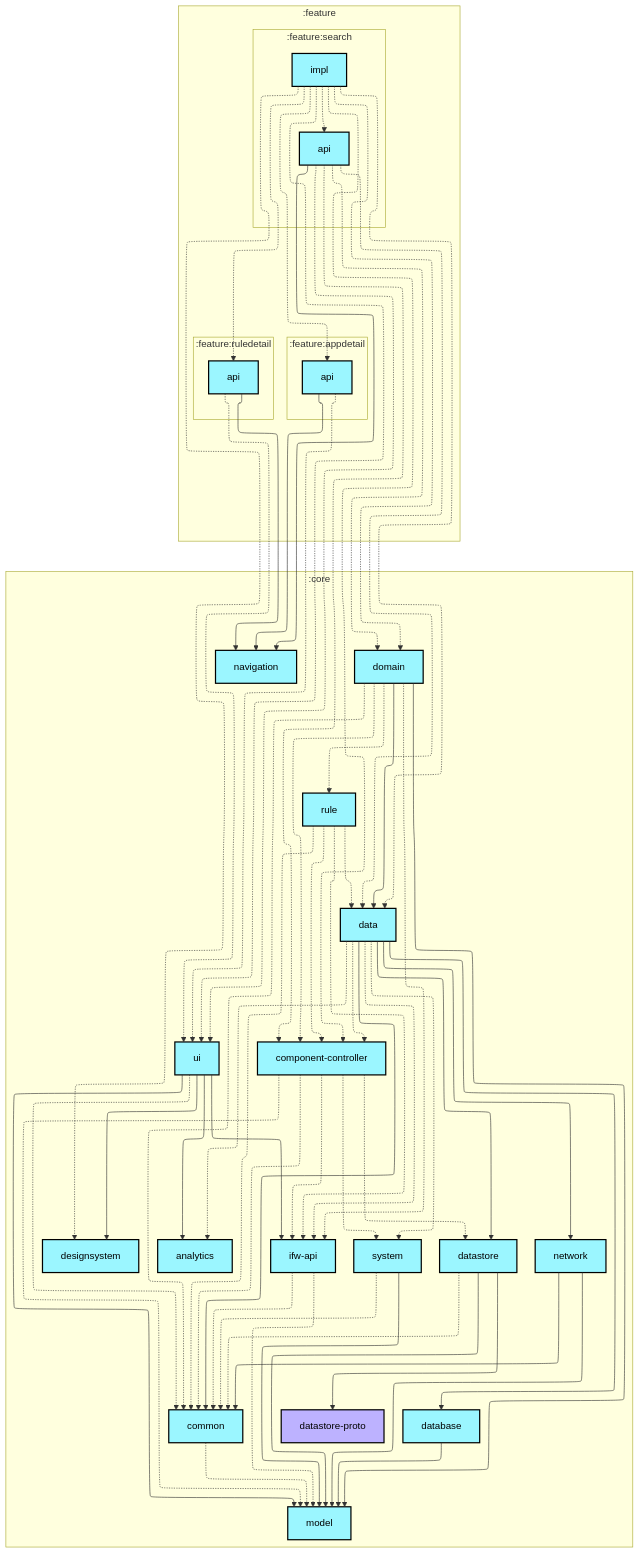
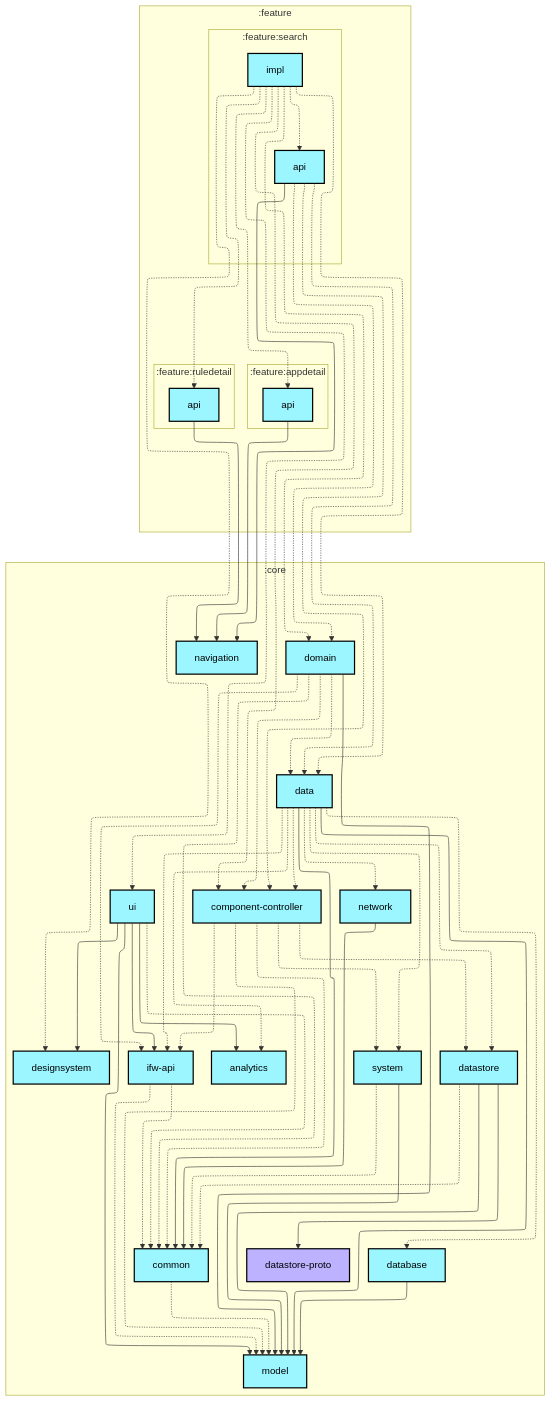
One commit to lihenggui/blocker changed the first of 2 diagrams in feature/search/impl/README.md. Above: the diagram before and after it, drawn with Mermaid. The commit also changed 29 other files, not shown here.

First line of the commit message:
Update module dependency graphs after boundary cleanup

```diff
--- a/feature/search/impl/README.md
+++ b/feature/search/impl/README.md
@@ -42,7 +42,6 @@
     :core:model[model]:::android-library
     :core:navigation[navigation]:::android-library
     :core:network[network]:::android-library
-    :core:rule[rule]:::android-library
     :core:system[system]:::android-library
     :core:ui[ui]:::android-library
   end
@@ -56,10 +55,11 @@
   :core:data -.-> :core:analytics
   :core:data --> :core:common
   :core:data -.-> :core:component-controller
-  :core:data --> :core:database
-  :core:data --> :core:datastore
+  :core:data -.-> :core:database
+  :core:data -.-> :core:datastore
   :core:data -.-> :core:ifw-api
-  :core:data --> :core:network
+  :core:data --> :core:model
+  :core:data -.-> :core:network
   :core:data -.-> :core:system
   :core:database --> :core:model
   :core:datastore -.-> :core:common
@@ -67,18 +67,12 @@
   :core:datastore --> :core:model
   :core:domain -.-> :core:common
   :core:domain -.-> :core:component-controller
-  :core:domain --> :core:data
+  :core:domain -.-> :core:data
   :core:domain -.-> :core:ifw-api
   :core:domain --> :core:model
-  :core:domain -.-> :core:rule
   :core:ifw-api -.-> :core:common
   :core:ifw-api -.-> :core:model
   :core:network --> :core:common
-  :core:network --> :core:model
-  :core:rule -.-> :core:common
-  :core:rule -.-> :core:component-controller
-  :core:rule -.-> :core:data
-  :core:rule -.-> :core:ifw-api
   :core:system -.-> :core:common
   :core:system --> :core:model
   :core:ui --> :core:analytics
@@ -87,14 +81,11 @@
   :core:ui --> :core:ifw-api
   :core:ui --> :core:model
   :feature:appdetail:api --> :core:navigation
-  :feature:appdetail:api -.-> :core:ui
   :feature:ruledetail:api --> :core:navigation
-  :feature:ruledetail:api -.-> :core:ui
   :feature:search:api -.-> :core:component-controller
   :feature:search:api -.-> :core:data
   :feature:search:api -.-> :core:domain
   :feature:search:api --> :core:navigation
-  :feature:search:api -.-> :core:ui
   :feature:search:impl -.-> :core:component-controller
   :feature:search:impl -.-> :core:data
   :feature:search:impl -.-> :core:designsystem
```
